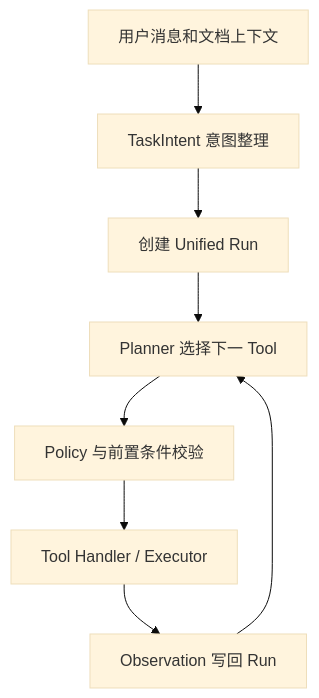
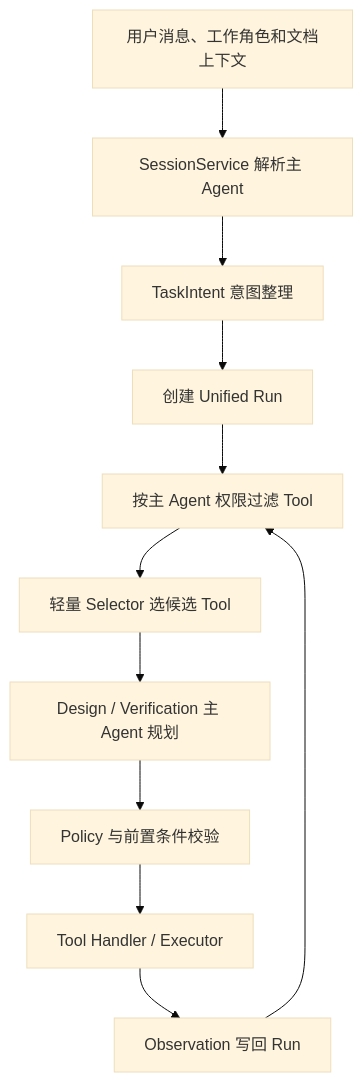
The second of 6 diagrams in docs/architecture-overview.md (yaowensial-g/chipDesignAgent), drawn with Mermaid (base theme) before and after one commit. The commit also changed other lines of this file and 37 other files, not shown here.

````diff
--- a/docs/architecture-overview.md
+++ b/docs/architecture-overview.md
@@ -43,14 +46,17 @@
 ```mermaid
 flowchart TB
-    Message[用户消息和文档上下文]
+    Message[用户消息、工作角色和文档上下文]
+    Session[SessionService 解析主 Agent]
     Intent[TaskIntent 意图整理]
     Run[创建 Unified Run]
-    Planner[Planner 选择下一 Tool]
+    Filter[按主 Agent 权限过滤 Tool]
+    Selector[轻量 Selector 选候选 Tool]
+    Planner[Design / Verification 主 Agent 规划]
     Guard[Policy 与前置条件校验]
     Execute[Tool Handler / Executor]
     Observe[Observation 写回 Run]
 
-    Message --> Intent --> Run --> Planner
+    Message --> Session --> Intent --> Run --> Filter --> Selector --> Planner
     Planner --> Guard --> Execute --> Observe
-    Observe --> Planner
+    Observe --> Filter
 ```
````
